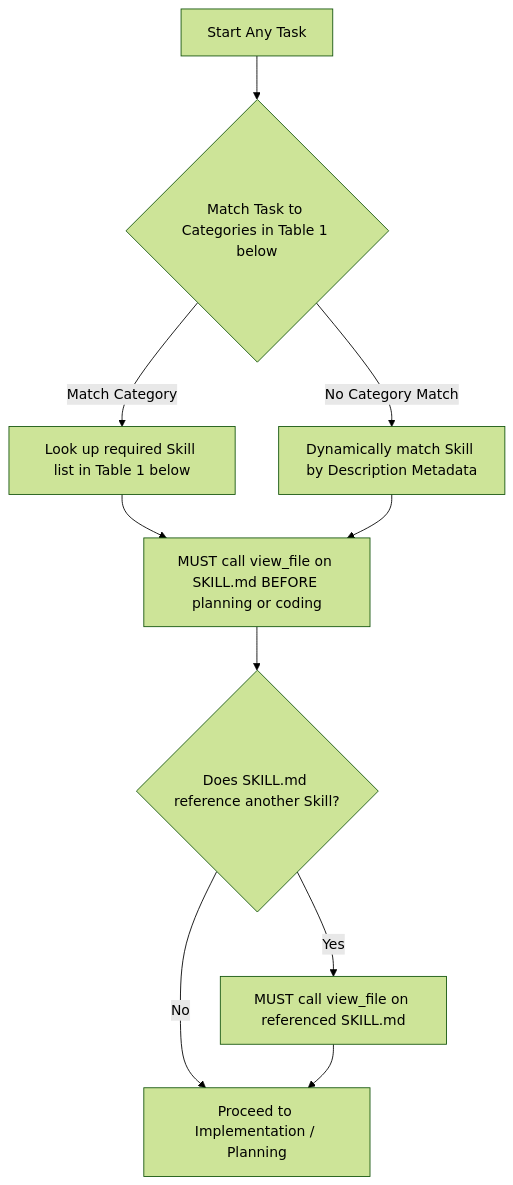
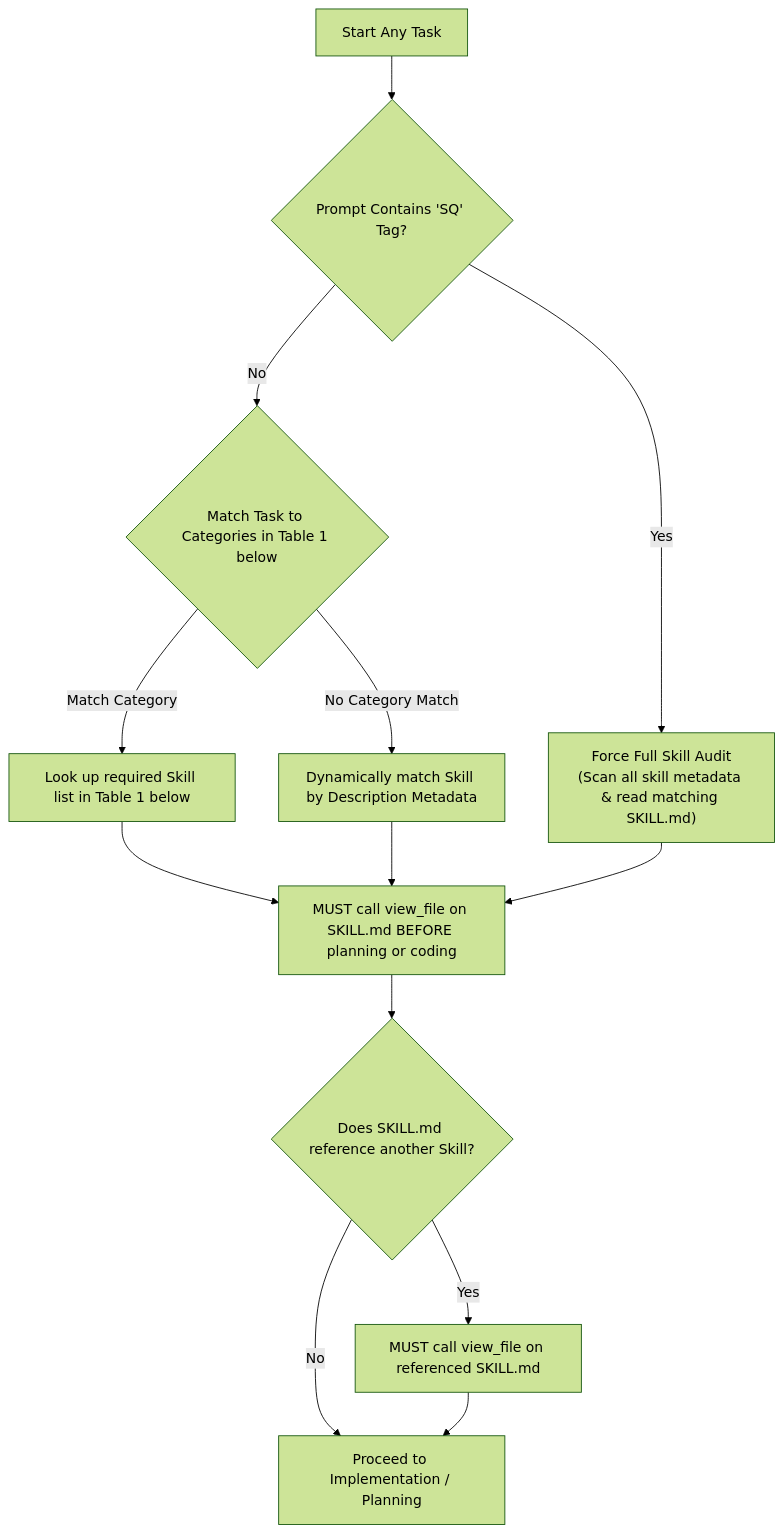
The third of 7 diagrams in AGENTS.md (loerei/myskills), drawn with Mermaid (forest theme) before and after one commit. The commit also changed other lines of this file, not shown here.

Commit message:
feat(policy): add SQ (Self-Skill Querying) modifier tag to skill gateway policy and mermaid flow

````diff
--- a/AGENTS.md
+++ b/AGENTS.md
@@ -79,12 +80,15 @@
 ```mermaid
 flowchart TD
-    StartTask["Start Any Task"] --> CategoryCheck{"Match Task to Categories in Table 1 below"}
+    StartTask["Start Any Task"] --> SQCheck{"Prompt Contains 'SQ' Tag?"}
+    SQCheck -->|"Yes"| FullAudit["Force Full Skill Audit<br/>(Scan all skill metadata & read matching SKILL.md)"]
+    SQCheck -->|"No"| CategoryCheck{"Match Task to Categories in Table 1 below"}
     CategoryCheck -->|"Match Category"| LookupTable["Look up required Skill list in Table 1 below"]
     CategoryCheck -->|"No Category Match"| DynamicCheck["Dynamically match Skill by Description Metadata"]
     LookupTable --> MustRead["MUST call view_file on SKILL.md BEFORE planning or coding"]
     DynamicCheck --> MustRead
+    FullAudit --> MustRead
     MustRead --> CheckRef{"Does SKILL.md reference another Skill?"}
     CheckRef -->|"Yes"| ReadRef["MUST call view_file on referenced SKILL.md"]
     CheckRef -->|"No"| Proceed["Proceed to Implementation / Planning"]
     ReadRef --> Proceed
 ```
````
